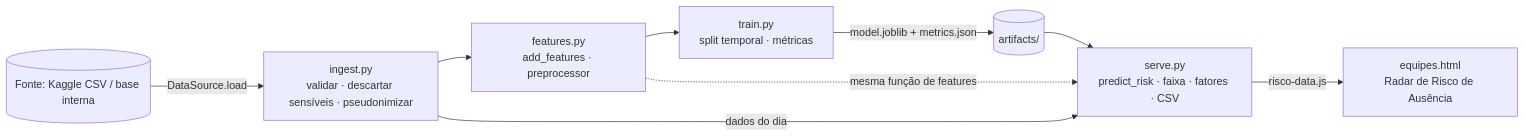
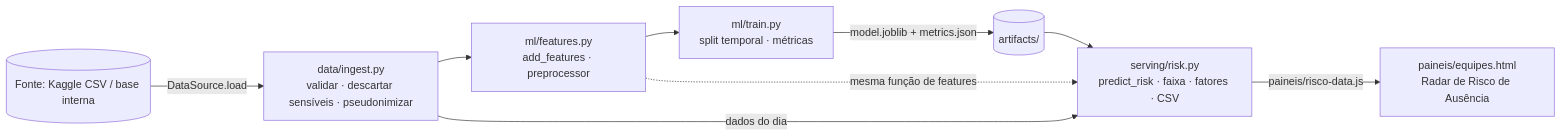
The diagram in docs/03-arquitetura.md (REALFSB/atv1), drawn with Mermaid before and after one commit. The commit also changed other lines of this file and 23 other files, not shown here.

````diff
--- a/docs/03-arquitetura.md
+++ b/docs/03-arquitetura.md
@@ -3,11 +3,11 @@
 ```mermaid
 flowchart LR
-  A[(Fonte: Kaggle CSV / base interna)] -->|DataSource.load| B[ingest.py<br/>validar · descartar sensíveis · pseudonimizar]
-  B --> C[features.py<br/>add_features · preprocessor]
-  C --> D[train.py<br/>split temporal · métricas]
+  A[(Fonte: Kaggle CSV / base interna)] -->|DataSource.load| B[data/ingest.py<br/>validar · descartar sensíveis · pseudonimizar]
+  B --> C[ml/features.py<br/>add_features · preprocessor]
+  C --> D[ml/train.py<br/>split temporal · métricas]
   D -->|model.joblib + metrics.json| E[(artifacts/)]
-  E --> F[serve.py<br/>predict_risk · faixa · fatores · CSV]
+  E --> F[serving/risk.py<br/>predict_risk · faixa · fatores · CSV]
   B -->|dados do dia| F
   C -. mesma função de features .-> F
-  F -->|risco-data.js| G[equipes.html<br/>Radar de Risco de Ausência]
+  F -->|paineis/risco-data.js| G[paineis/equipes.html<br/>Radar de Risco de Ausência]
 ```
````
